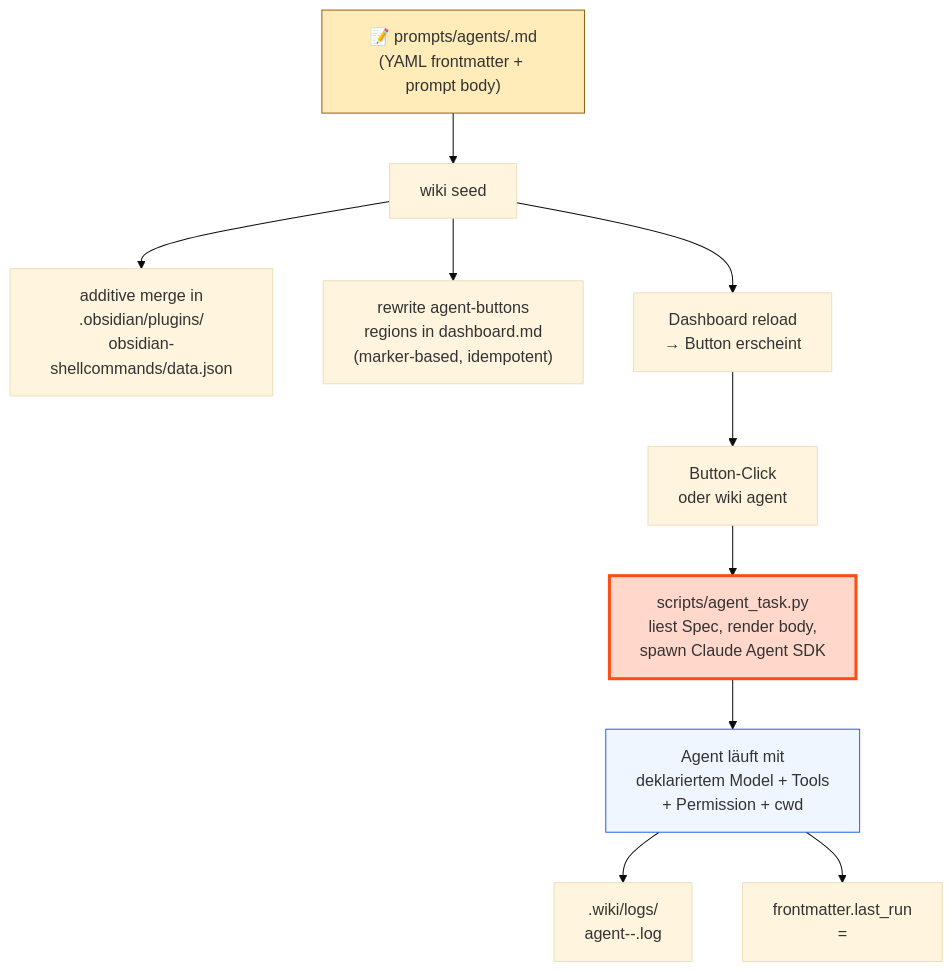
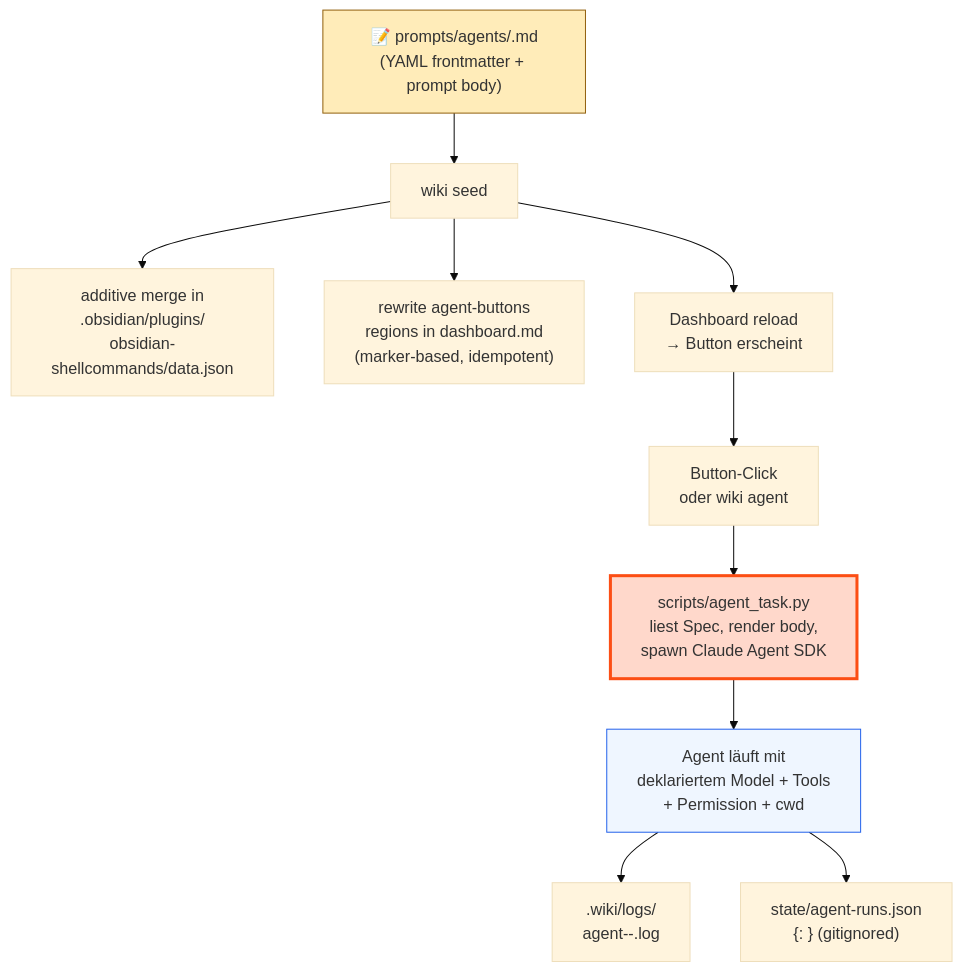
One commit to lx-0/llm-wiki changed the tenth of 13 diagrams in docs/PROCESS.md. Above: the diagram before and after it, drawn with Mermaid (base theme). The commit also changed other lines of this file and 8 other files, not shown here.

First line of the commit message:
fix(agent-task): record last_run in state/, not the tracked prompt

````diff
--- a/docs/PROCESS.md
+++ b/docs/PROCESS.md
@@ -1121,18 +1121,18 @@
 ```mermaid
 flowchart TD
     DROP["📝 prompts/agents/<id>.md\n(YAML frontmatter + prompt body)"]
     DROP --> SEED["wiki seed"]
     SEED --> SC["additive merge in\n.obsidian/plugins/\nobsidian-shellcommands/data.json"]
     SEED --> DASH["rewrite agent-buttons\nregions in dashboard.md\n(marker-based, idempotent)"]
     SEED --> READY["Dashboard reload\n→ Button erscheint"]
 
     READY --> CLICK["Button-Click\noder wiki agent <id>"]
     CLICK --> RUNNER["scripts/agent_task.py\nliest Spec, render body,\nspawn Claude Agent SDK"]
     RUNNER --> EXEC["Agent läuft mit\ndeklariertem Model + Tools\n+ Permission + cwd"]
     EXEC --> LOG[".wiki/logs/\nagent-<id>-<ts>.log"]
-    EXEC --> FRONT["frontmatter.last_run\n= <iso-ts>"]
+    EXEC --> RUNS["state/agent-runs.json\n{<id>: <iso-ts>} (gitignored)"]
 
     style DROP fill:#FFECB9,stroke:#92610F
     style RUNNER fill:#FFD8CB,stroke:#FC4E14,stroke-width:3px
     style EXEC fill:#EFF6FF,stroke:#2563EB
 ```
````
